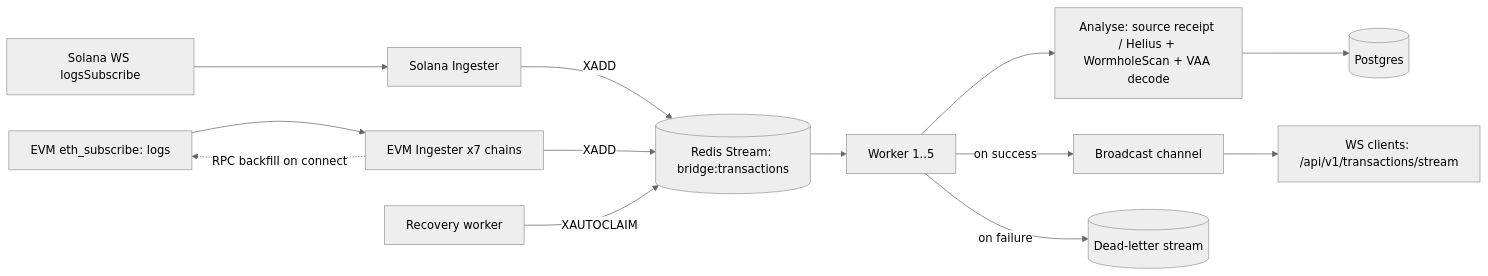
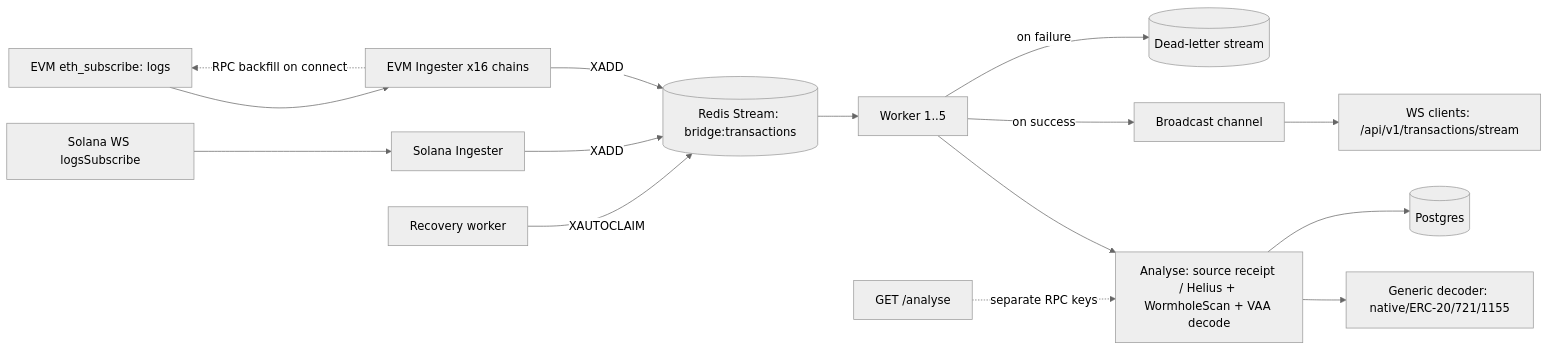
One commit to VedantShuklaaa/bridgeIndexer changed the diagram in README.md. Above: the diagram before and after it, drawn with Mermaid (neutral theme). The commit also changed other lines of this file and 2 other files, not shown here.

````diff
--- a/README.md
+++ b/README.md
@@ -13,15 +14,17 @@
 ```mermaid
 flowchart LR
     SOL[Solana WS logsSubscribe] --> ING[Solana Ingester]
-    EVM[EVM eth_subscribe: logs] --> ING2[EVM Ingester x7 chains]
+    EVM[EVM eth_subscribe: logs] --> ING2[EVM Ingester x16 chains]
     ING2 -.->|RPC backfill on connect| EVM
     ING -->|XADD| STREAM[(Redis Stream: bridge:transactions)]
     ING2 -->|XADD| STREAM
     STREAM --> W1[Worker 1..5]
     W1 --> ANALYSE[Analyse: source receipt / Helius + WormholeScan + VAA decode]
+    ANALYSE --> DECODE[Generic decoder: native/ERC-20/721/1155]
     ANALYSE --> DB[(Postgres)]
     W1 -->|on success| BCAST[Broadcast channel]
     BCAST --> WS[WS clients: /api/v1/transactions/stream]
     W1 -->|on failure| DLQ[(Dead-letter stream)]
     RECOVERY[Recovery worker] -->|XAUTOCLAIM| STREAM
+    HTTP[GET /analyse] -.->|separate RPC keys| ANALYSE
 ```
````
